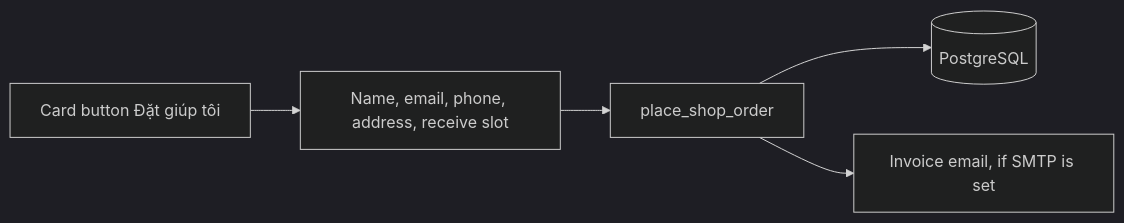
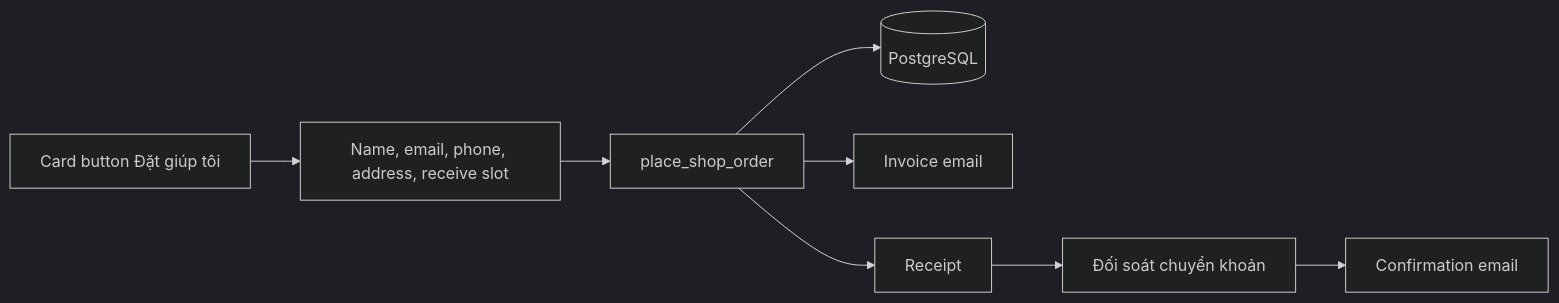
Before and after one commit to quocbao2772004/AppleStore: the fourth of 5 diagrams in README.md, drawn with Mermaid (dark theme). The commit also changed other lines of this file and 34 other files, not shown here.

````diff
--- a/README.md
+++ b/README.md
@@ -55,11 +72,15 @@
 ```mermaid
 flowchart LR
   card["Card button Đặt giúp tôi"]
   form["Name, email, phone, address, receive slot"]
   fn["place_shop_order"]
   db[("PostgreSQL")]
-  mail["Invoice email, if SMTP is set"]
+  invoice["Invoice email"]
+  qr["Receipt"]
+  check["Đối soát chuyển khoản"]
+  confirm["Confirmation email"]
 
   card --> form --> fn --> db
-  fn --> mail
+  fn --> invoice
+  fn --> qr --> check --> confirm
 ```
````
